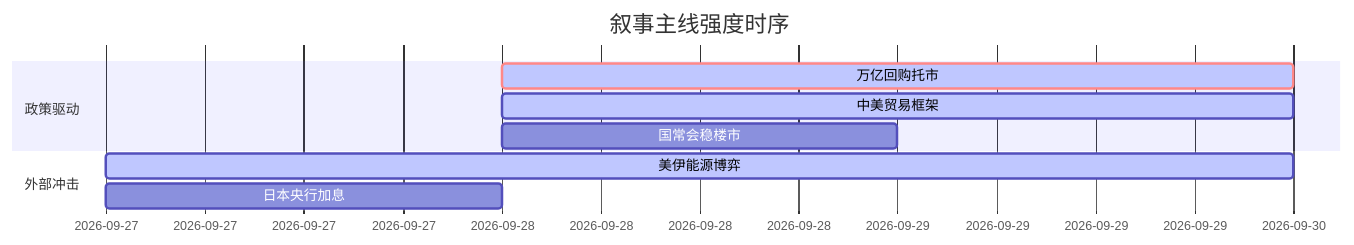
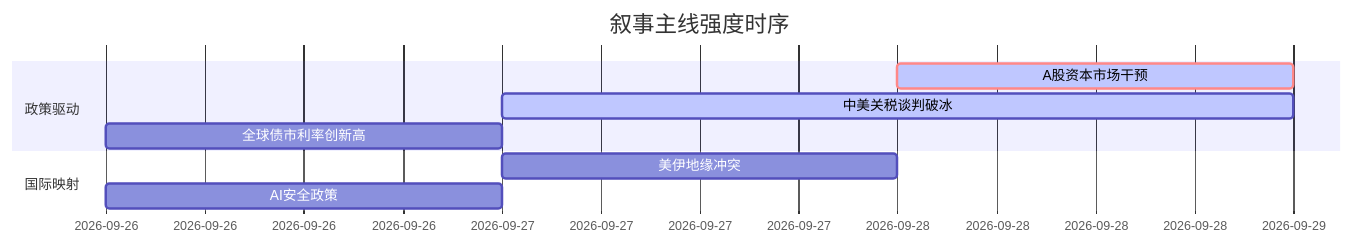
The diagram in 5day_report.md (uu5zn/uu5zn.github.io), drawn with Mermaid before and after one commit. The commit also changed other lines of this file and 23 other files, not shown here.

````diff
--- a/5day_report.md
+++ b/5day_report.md
@@ -58,13 +54,13 @@
 ```mermaid
 gantt
     title 叙事主线强度时序
-    dateFormat YYYY-MM-DD
+    dateFormat  YYYY-MM-DD
     section 政策驱动
-    万亿回购托市   :crit, active, 2026-09-28, 2d
-    中美贸易框架   :active, 2026-09-28, 2d
-    国常会稳楼市   :2026-09-28, 1d
+    A股资本市场干预   :crit, active, 2026-09-28, 1d
+    中美关税谈判破冰   :active, 2026-09-27, 2d
+    全球债市利率创新高 :2026-09-26, 1d
     
-    section 外部冲击
-    美伊能源博弈   :active, 2026-09-27, 3d
-    日本央行加息   :2026-09-27, 1d
+    section 国际映射
+    美伊地缘冲突   :2026-09-27, 1d
+    AI安全政策   :2026-09-26, 1d
 ```
````
